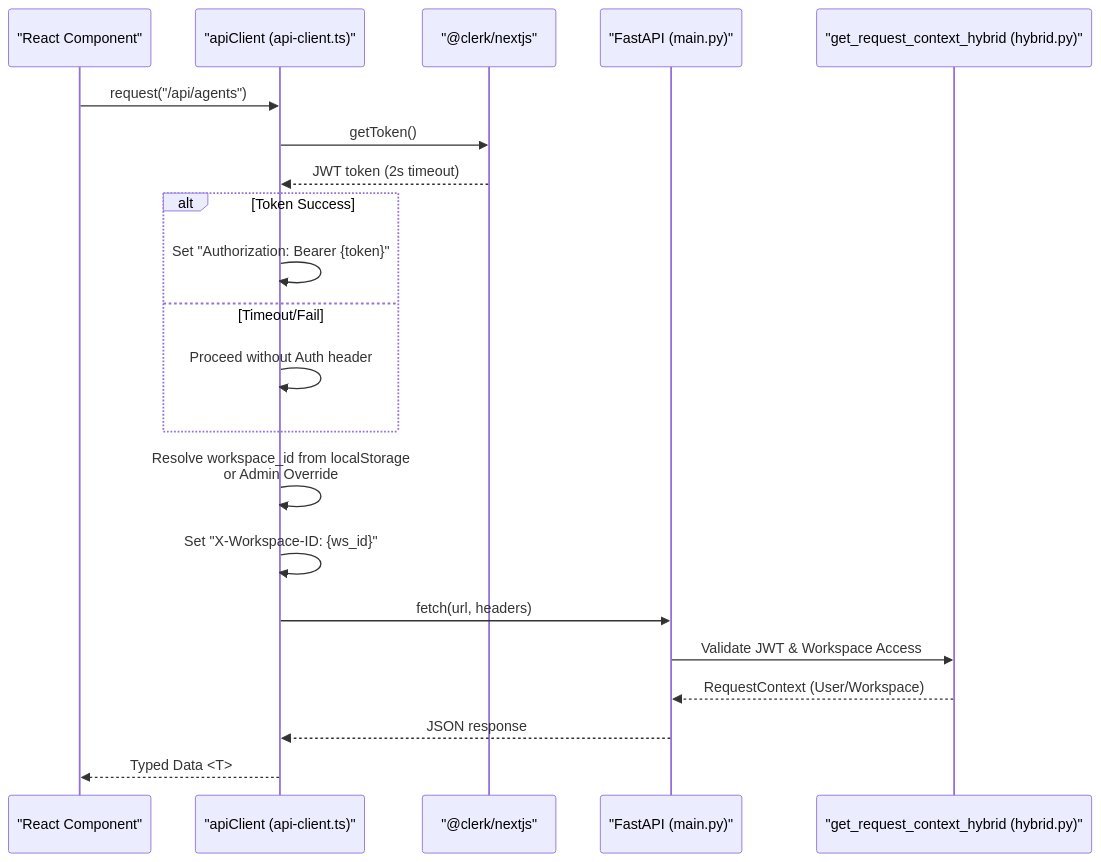
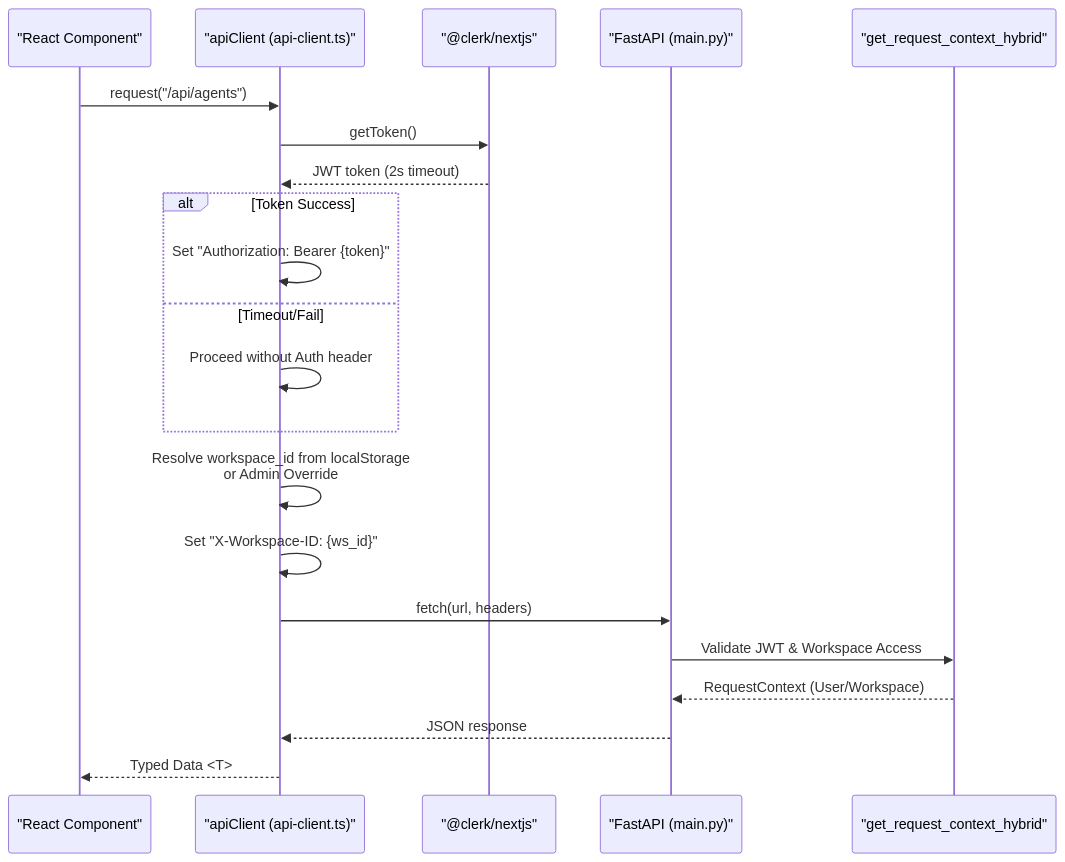
One commit to AutomatosAI/automatos-ai changed the second of 4 diagrams in docs/frontend-architecture/api-client.md. Above: the diagram before and after it, drawn with Mermaid. The commit also changed other lines of this file and 153 other files, not shown here.

````diff
--- a/docs/frontend-architecture/api-client.md
+++ b/docs/frontend-architecture/api-client.md
@@ -95,27 +91,27 @@
 ```mermaid
 sequenceDiagram
     participant Component as "React Component"
     participant ApiClient as "apiClient (api-client.ts)"
     participant ClerkAuth as "@clerk/nextjs"
     participant Backend as "FastAPI (main.py)"
-    participant HybridAuth as "get_request_context_hybrid (hybrid.py)"
+    participant HybridAuth as "get_request_context_hybrid"
     
     Component->>ApiClient: request("/api/agents")
     ApiClient->>ClerkAuth: getToken()
     ClerkAuth-->>ApiClient: JWT token (2s timeout)
     
     alt Token Success
         ApiClient->>ApiClient: Set "Authorization: Bearer {token}"
     else Timeout/Fail
         ApiClient->>ApiClient: Proceed without Auth header
     end
     
     ApiClient->>ApiClient: Resolve workspace_id from localStorage<br/>or Admin Override
     ApiClient->>ApiClient: Set "X-Workspace-ID: {ws_id}"
     
     ApiClient->>Backend: fetch(url, headers)
     Backend->>HybridAuth: Validate JWT & Workspace Access
     HybridAuth-->>Backend: RequestContext (User/Workspace)
     Backend-->>ApiClient: JSON response
     ApiClient-->>Component: Typed Data <T>
 ```
````
